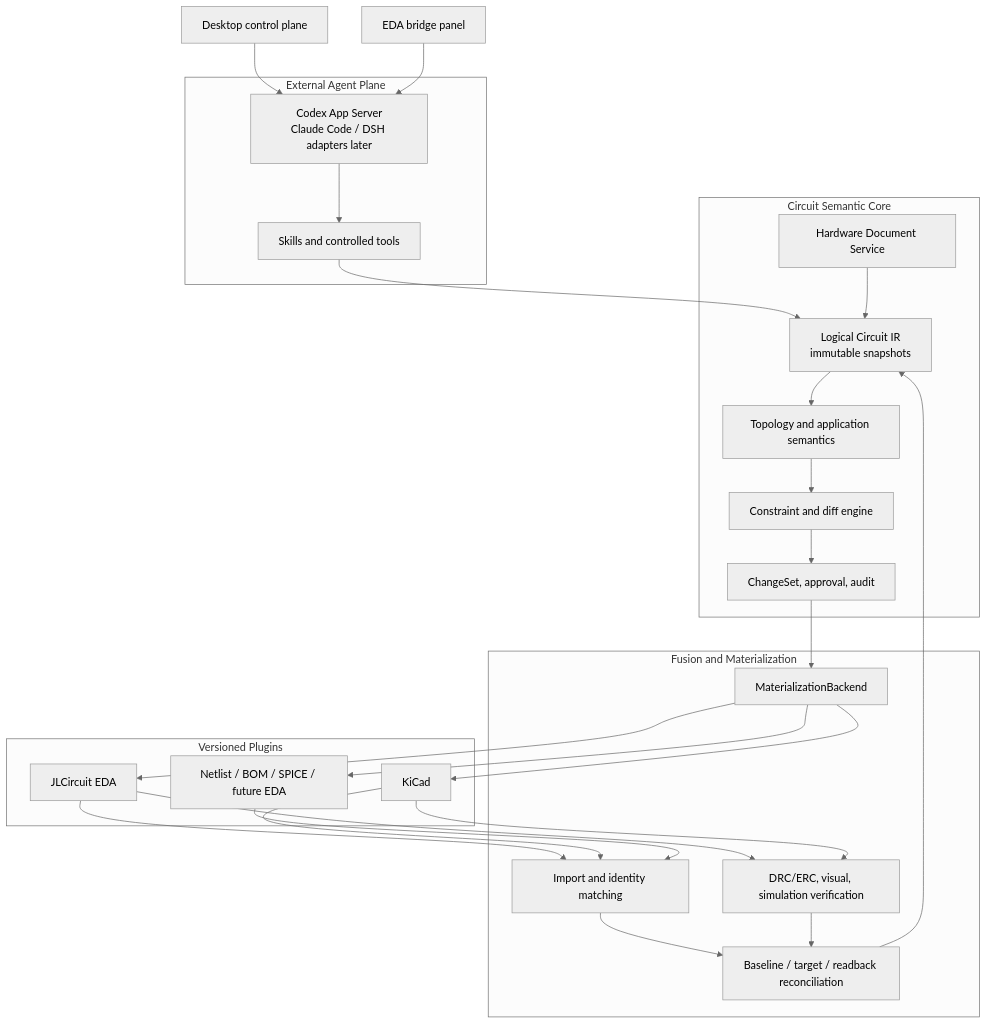
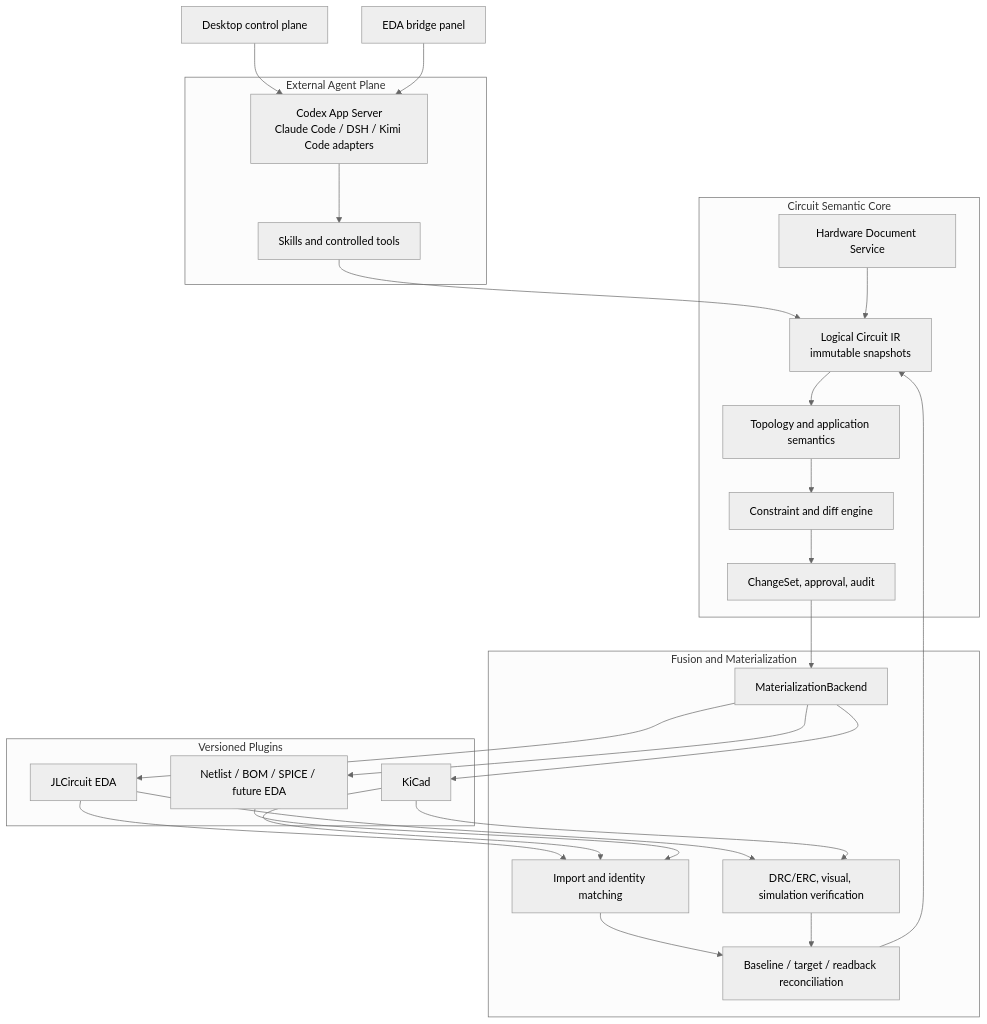
One commit to ferren/circuit-fabric changed the diagram in docs/architecture.md. Above: the diagram before and after it, drawn with Mermaid (neutral theme). The commit also changed other lines of this file and 10 other files, not shown here.

````diff
--- a/docs/architecture.md
+++ b/docs/architecture.md
@@ -13,46 +13,46 @@
 ```mermaid
 flowchart TB
     Desktop[Desktop control plane]
     EdaPanel[EDA bridge panel]
 
     subgraph AgentPlane[External Agent Plane]
-      Agent[Codex App Server\nClaude Code / DSH adapters later]
+      Agent[Codex App Server\nClaude Code / DSH / Kimi Code adapters]
       Skills[Skills and controlled tools]
     end
 
     subgraph Core[Circuit Semantic Core]
       Docs[Hardware Document Service]
       IR[Logical Circuit IR\nimmutable snapshots]
       Semantics[Topology and application semantics]
       Constraints[Constraint and diff engine]
       Audit[ChangeSet, approval, audit]
     end
 
     subgraph Fusion[Fusion and Materialization]
       Import[Import and identity matching]
       Reconcile[Baseline / target / readback reconciliation]
       Backend[MaterializationBackend]
       Verify[DRC/ERC, visual, simulation verification]
     end
 
     subgraph Plugins[Versioned Plugins]
       JLC[JLCircuit EDA]
       KiCad[KiCad]
       Other[Netlist / BOM / SPICE / future EDA]
     end
 
     Desktop --> Agent
     EdaPanel --> Agent
     Agent --> Skills --> IR
     Docs --> IR
     IR --> Semantics --> Constraints --> Audit
     JLC --> Import
     KiCad --> Import
     Other --> Import
     Import --> Reconcile --> IR
     Audit --> Backend --> JLC
     Backend --> KiCad
     Backend --> Other
     JLC --> Verify --> Reconcile
     KiCad --> Verify
 ```
````
